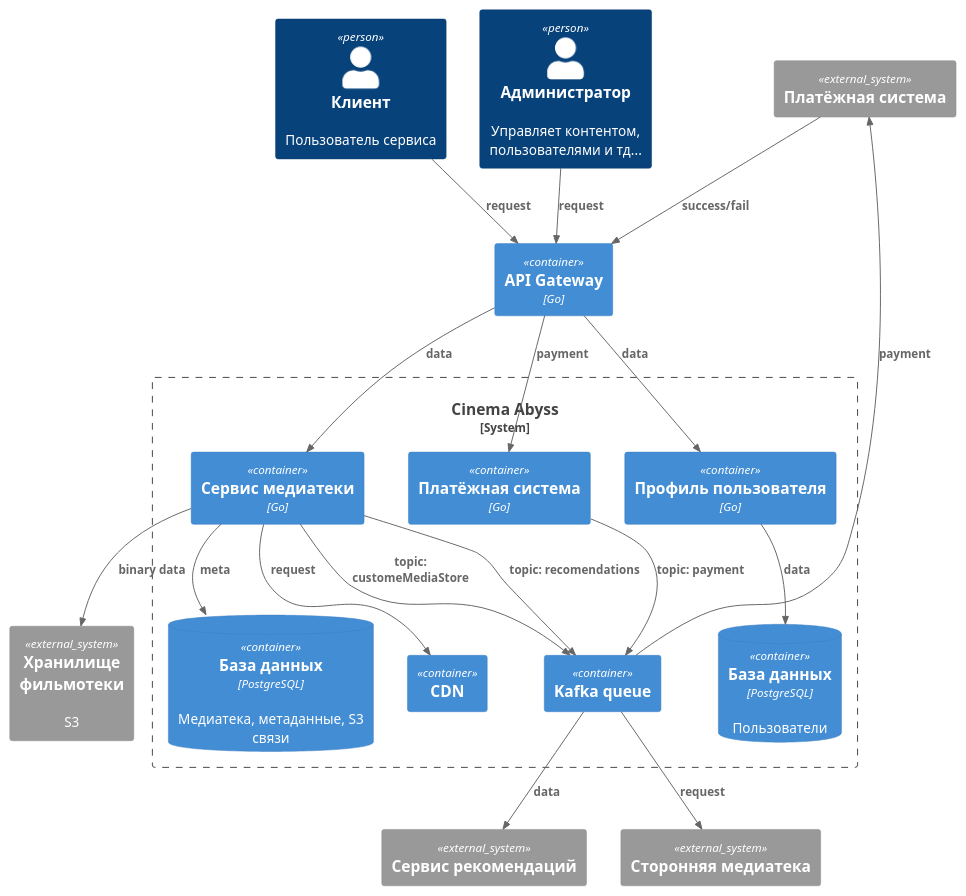
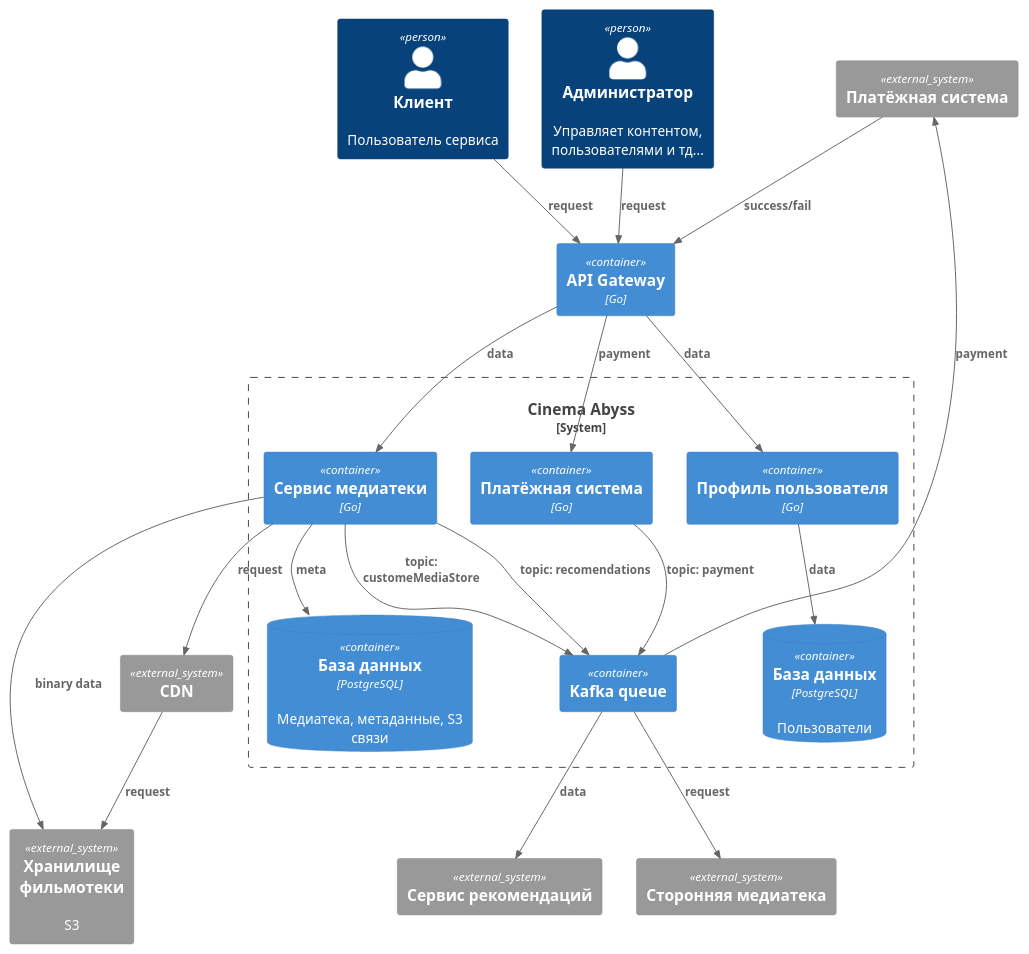
One commit to apheleon/architecture-cinemaabyss changed the diagram in src/diagrams/c4_containers.puml. Above: the diagram before and after it, drawn with PlantUML.

Commit message:
feat: task 1 tune

```diff
--- a/src/diagrams/c4_containers.puml
+++ b/src/diagrams/c4_containers.puml
@@ -1,51 +1,53 @@
 @startuml cinema
 !includeurl https://raw.githubusercontent.com/plantuml-stdlib/C4-PlantUML/refs/heads/master/C4_Container.puml
 
 
 Person(customer, "Клиент", "Пользователь сервиса")
 Person(admin, "Администратор", "Управляет контентом, пользователями и тд...")
 
 
 Container(apiGateway, "API Gateway", "Go")
 
 System_Boundary(cinemaAbyss, "Cinema Abyss"){
     Container(customerProfileService, "Профиль пользователя", "Go")
     Container(movieService, "Сервис медиатеки", "Go")
     ContainerDb(customerDB, "База данных", "PostgreSQL", "Пользователи")
     ContainerDb(movieDB, "База данных", "PostgreSQL", "Медиатека, метаданные, S3 связи")
-    Container(cdn, "CDN")
     Container(kafka, "Kafka queue")
     Container(paymentService, "Платёжная система", "Go")
 }
 
 System_Ext(recomendations, "Сервис рекомендаций")
 System_Ext(s3, "Хранилище фильмотеки", "S3")
 System_Ext(thirdPartyMovieSource, "Сторонняя медиатека")
 System_Ext(paymentSystem, "Платёжная система")
+System_Ext(cdn, "CDN")
 
 ' внешние сущности
 ' потоки
 Rel(customer, apiGateway, "request")
 Rel(admin, apiGateway, "request")
 Rel(movieService, s3, "binary data")
 Rel(movieService, cdn, "request")
 
 Rel(customerProfileService, customerDB, "data")
 Rel(movieService, movieDB, "meta")
 
 Rel(apiGateway, paymentService, "payment")
 Rel(apiGateway, customerProfileService, "data")
 Rel(apiGateway, movieService, "data")
 
 Rel(paymentService, kafka, "topic: payment")
 Rel(movieService, kafka, "topic: recomendations")
 Rel(movieService, kafka, "topic: customeMediaStore")
 
 
 Rel(kafka, paymentSystem, "payment")
 Rel(kafka, recomendations, "data")
 Rel(kafka, thirdPartyMovieSource, "request")
 
 Rel(paymentSystem, apiGateway, "success/fail")
 
+Rel(cdn, s3, "request")
+
 @enduml
```
